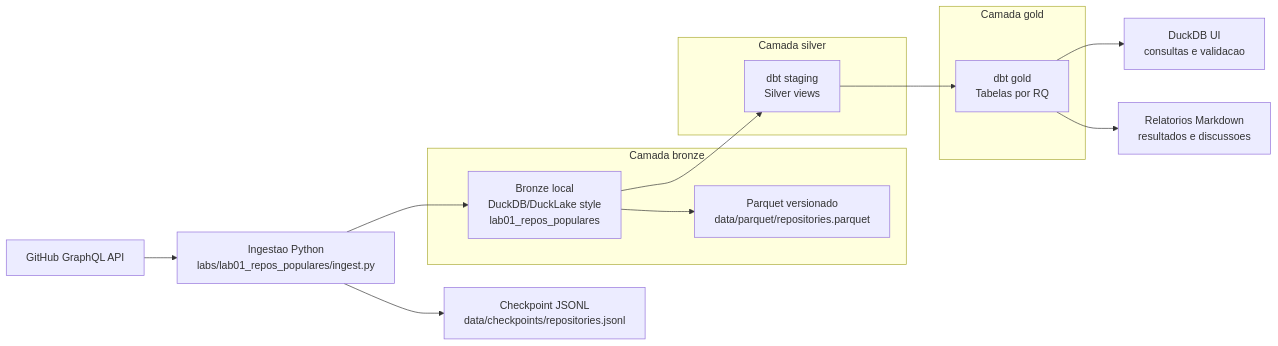
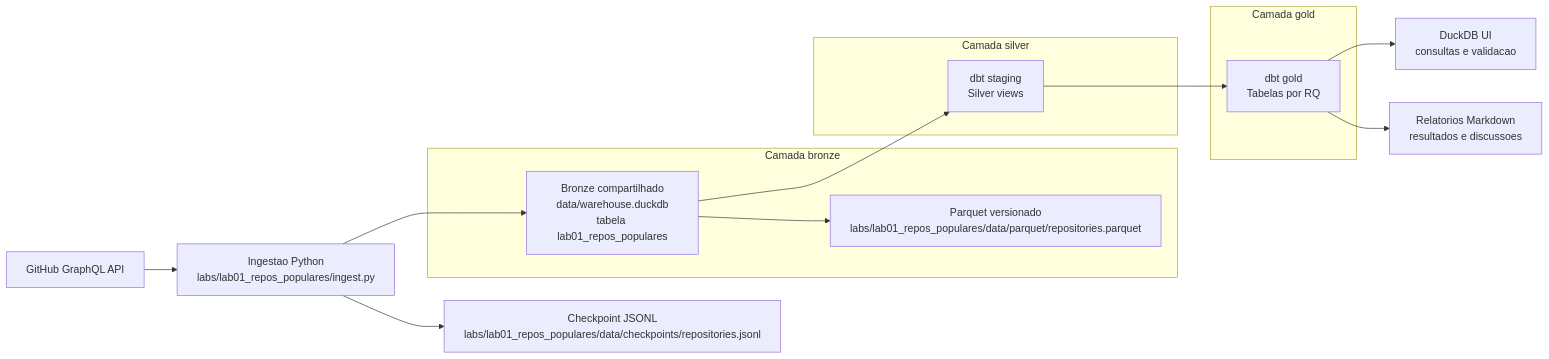
The diagram in docs/lab01/relatorio_final.md (JoaoRajao/lab-medicao), drawn with Mermaid before and after one commit. The commit also changed 1 other file, not shown here.

Commit message:
docs: corrige rotulos do diagrama e adiciona guia de reuso no README

````diff
--- a/docs/lab01/relatorio_final.md
+++ b/docs/lab01/relatorio_final.md
@@ -68,24 +68,24 @@
 ```mermaid
 flowchart LR
     A["GitHub GraphQL API"] --> B["Ingestao Python<br/>labs/lab01_repos_populares/ingest.py"]
-    B --> C["Checkpoint JSONL<br/>data/checkpoints/repositories.jsonl"]
-    B --> D["Bronze local<br/>DuckDB/DuckLake style<br/>lab01_repos_populares"]
-    D --> E["Parquet versionado<br/>data/parquet/repositories.parquet"]
+    B --> C["Checkpoint JSONL<br/>labs/lab01_repos_populares/data/checkpoints/repositories.jsonl"]
+    B --> D["Bronze compartilhado<br/>data/warehouse.duckdb<br/>tabela lab01_repos_populares"]
+    D --> E["Parquet versionado<br/>labs/lab01_repos_populares/data/parquet/repositories.parquet"]
     D --> F["dbt staging<br/>Silver views"]
     F --> G["dbt gold<br/>Tabelas por RQ"]
     G --> H["DuckDB UI<br/>consultas e validacao"]
     G --> I["Relatorios Markdown<br/>resultados e discussoes"]
 
     subgraph "Camada bronze"
         D
         E
     end
 
     subgraph "Camada silver"
         F
     end
 
     subgraph "Camada gold"
         G
     end
 ```
````
